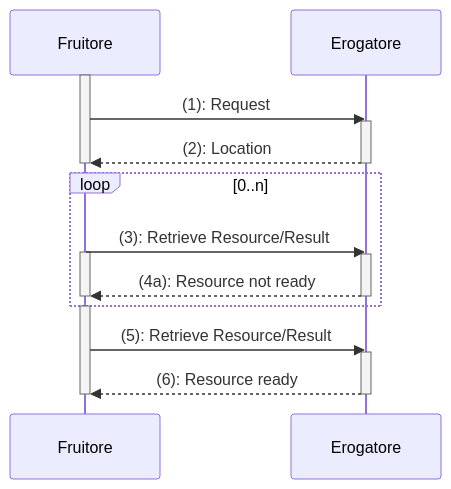
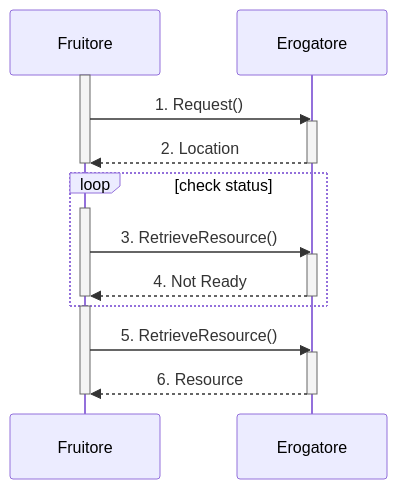
The second of 3 diagrams in doc/profili-di-interazione/profili-non-bloccanti.rst (italia/lg-modellointeroperabilita-docs), drawn with Mermaid before and after one commit. The commit also changed other lines of this file, not shown here.

Commit message:
fix sequence diagram

```diff
--- a/doc/profili-di-interazione/profili-non-bloccanti.rst
+++ b/doc/profili-di-interazione/profili-non-bloccanti.rst
@@ -468,27 +468,27 @@
 .. mermaid::
    :caption: Interazione non bloccante tramite busy waiting
    :alt: Interazione non bloccante tramite busy waiting
 
-    sequenceDiagram
-       activate Fruitore
-        Fruitore ->> Erogatore: (1): Request
-       activate Erogatore
-        Erogatore -->>Fruitore: (2): Location
-       deactivate Fruitore
-       deactivate Erogatore
-
-       loop 0..n
-            Fruitore ->>Erogatore: (3): Retrieve Resource/Result
-            activate Fruitore
-            activate Erogatore
-            Erogatore-->> Fruitore : (4a): Resource not ready
-            deactivate Fruitore
-            deactivate Erogatore
-       end
-
-       activate Fruitore
-         Fruitore ->>Erogatore: (5): Retrieve Resource/Result
-       activate Erogatore
-         Erogatore-->> Fruitore : (6): Resource ready
-       deactivate Fruitore
-       deactivate Erogatore
+   sequenceDiagram
+		participant F as Fruitore
+		participant E as Erogatore
+		activate F
+		F ->> E: 1. Request()
+		activate E
+		E -->>F: 2. Location
+		deactivate F
+		deactivate E
+		loop check status
+		activate F
+		F ->>E: 3. RetrieveResource()
+		activate E
+		E-->> F : 4. Not Ready
+		deactivate F
+		deactivate E
+		end
+		activate F
+		F ->>E: 5. RetrieveResource()
+		activate E
+		E-->> F : 6. Resource
+		deactivate F
+		deactivate E
```
